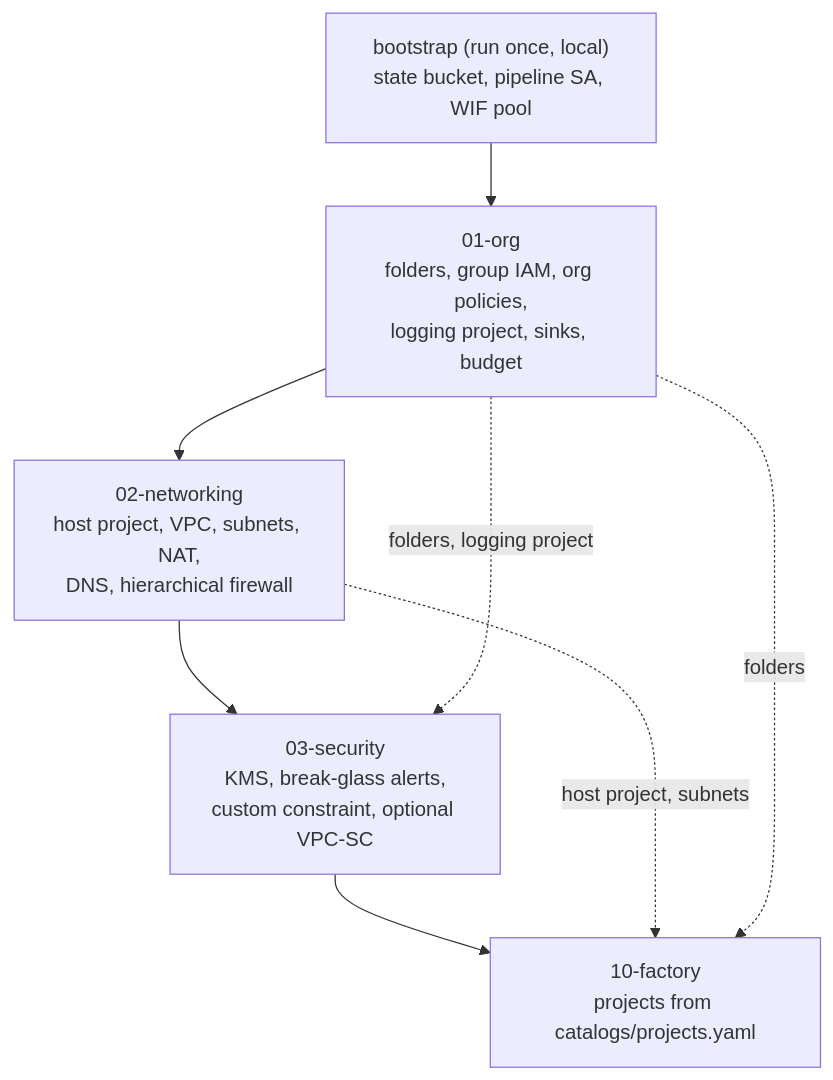
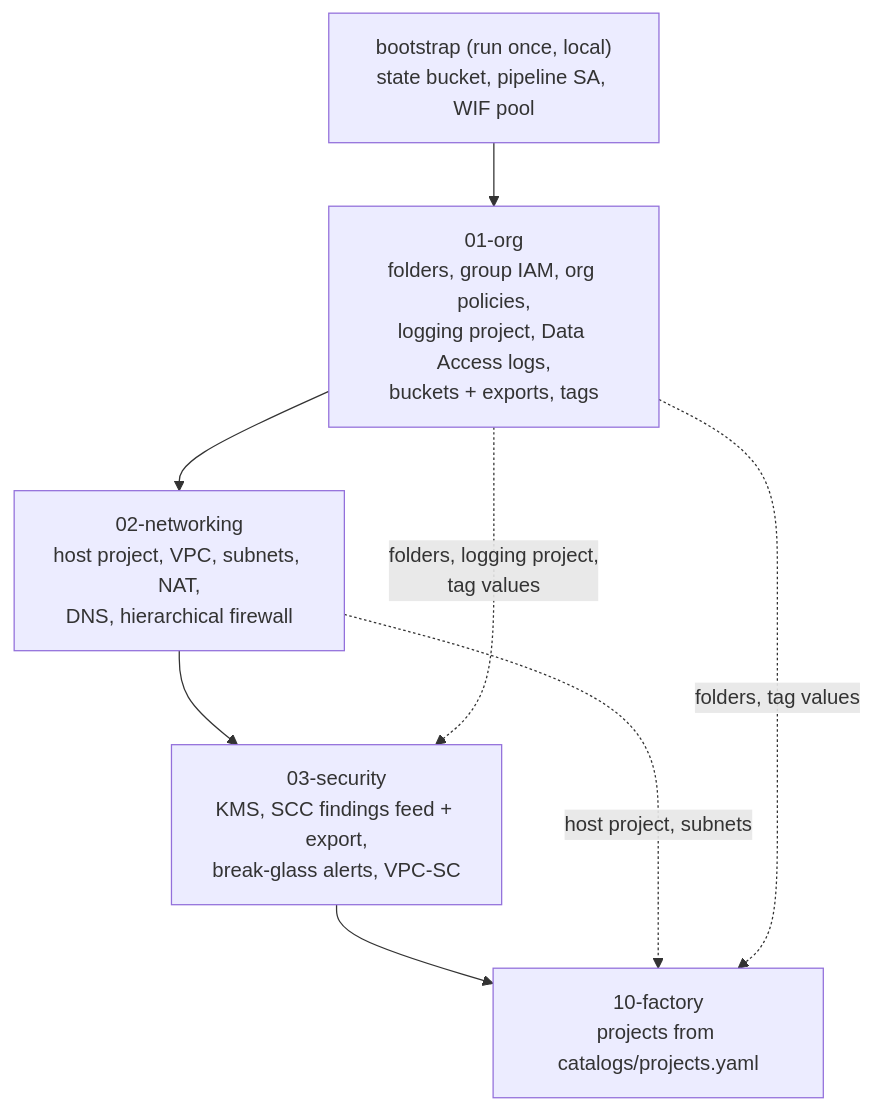
The second of 2 diagrams in docs/architecture.md (anasachoury/gcp-landing-zone), drawn with Mermaid before and after one commit. The commit also changed other lines of this file and 4 other files, not shown here.

````diff
--- a/docs/architecture.md
+++ b/docs/architecture.md
@@ -51,12 +51,12 @@
 ```mermaid
 flowchart TD
     BOOT["bootstrap (run once, local)<br/>state bucket, pipeline SA, WIF pool"]
-    ORG["01-org<br/>folders, group IAM, org policies,<br/>logging project, sinks, budget"]
+    ORG["01-org<br/>folders, group IAM, org policies,<br/>logging project, Data Access logs,<br/>buckets + exports, tags"]
     NET["02-networking<br/>host project, VPC, subnets, NAT,<br/>DNS, hierarchical firewall"]
-    SEC["03-security<br/>KMS, break-glass alerts,<br/>custom constraint, optional VPC-SC"]
+    SEC["03-security<br/>KMS, SCC findings feed + export,<br/>break-glass alerts, VPC-SC"]
     FACT["10-factory<br/>projects from catalogs/projects.yaml"]
     BOOT --> ORG --> NET --> SEC --> FACT
     NET -.->|"host project, subnets"| FACT
-    ORG -.->|"folders, logging project"| SEC
-    ORG -.->|"folders"| FACT
+    ORG -.->|"folders, logging project,<br/>tag values"| SEC
+    ORG -.->|"folders, tag values"| FACT
 ```
````
